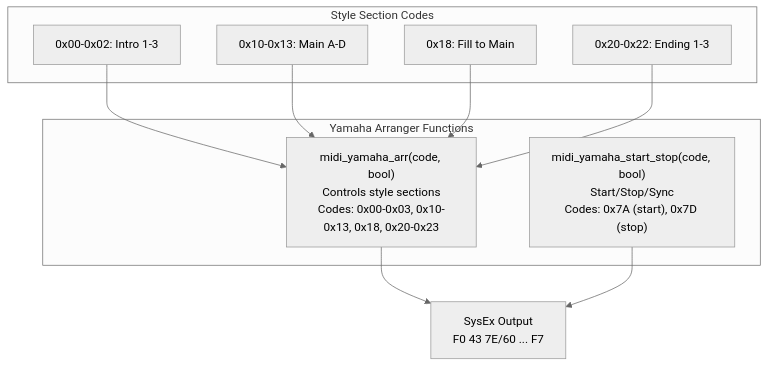
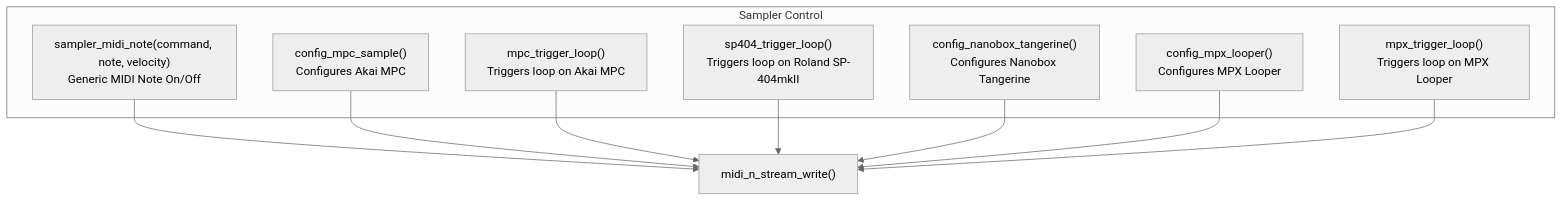
Before and after one commit to Jus-Be/orinayo-pico: the fourth of 4 diagrams in wiki/6.3-synthesizer-control.md, drawn with Mermaid (neutral theme). The commit also changed other lines of this file and 42 other files, not shown here.

````diff
--- a/wiki/6.3-synthesizer-control.md
+++ b/wiki/6.3-synthesizer-control.md
@@ -287,30 +260,30 @@
 ```mermaid
 flowchart TD
 
-StyleCtrl["midi_yamaha_arr(code, bool)<br>Controls style sections<br>Codes: 0x00-0x03, 0x10-0x13, 0x18, 0x20-0x23"]
-Transport["midi_yamaha_start_stop(code, bool)<br>Start/Stop/Sync<br>Codes: 0x7A (start), 0x7D (stop)"]
-Intro["0x00-0x02: Intro 1-3"]
-Main["0x10-0x13: Main A-D"]
-Fill["0x18: Fill to Main"]
-End["0x20-0x22: Ending 1-3"]
-SysExOut["SysEx Output<br>F0 43 7E/60 ... F7"]
+SamplerNote["sampler_midi_note(command, note, velocity)<br>Generic MIDI Note On/Off"]
+ConfigMPC["config_mpc_sample()<br>Configures Akai MPC"]
+TriggerMPC["mpc_trigger_loop()<br>Triggers loop on Akai MPC"]
+TriggerSP404["sp404_trigger_loop()<br>Triggers loop on Roland SP-404mkII"]
+ConfigNanobox["config_nanobox_tangerine()<br>Configures Nanobox Tangerine"]
+ConfigMPX["config_mpx_looper()<br>Configures MPX Looper"]
+TriggerMPX["mpx_trigger_loop()<br>Triggers loop on MPX Looper"]
+MIDIOutput["midi_n_stream_write()"]
 
-StyleCtrl --> SysExOut
-Transport --> SysExOut
-Intro --> StyleCtrl
-Main --> StyleCtrl
-Fill --> StyleCtrl
-End --> StyleCtrl
+SamplerNote --> MIDIOutput
+ConfigMPC --> MIDIOutput
+TriggerMPC --> MIDIOutput
+TriggerSP404 --> MIDIOutput
+ConfigNanobox --> MIDIOutput
+ConfigMPX --> MIDIOutput
+TriggerMPX --> MIDIOutput
 
-subgraph subGraph1 ["Style Section Codes"]
-    Intro
-    Main
-    Fill
-    End
-end
-
-subgraph subGraph0 ["Yamaha Arranger Functions"]
-    StyleCtrl
-    Transport
+subgraph subGraph0 ["Sampler Control"]
+    SamplerNote
+    ConfigMPC
+    TriggerMPC
+    TriggerSP404
+    ConfigNanobox
+    ConfigMPX
+    TriggerMPX
 end
 ```
````
